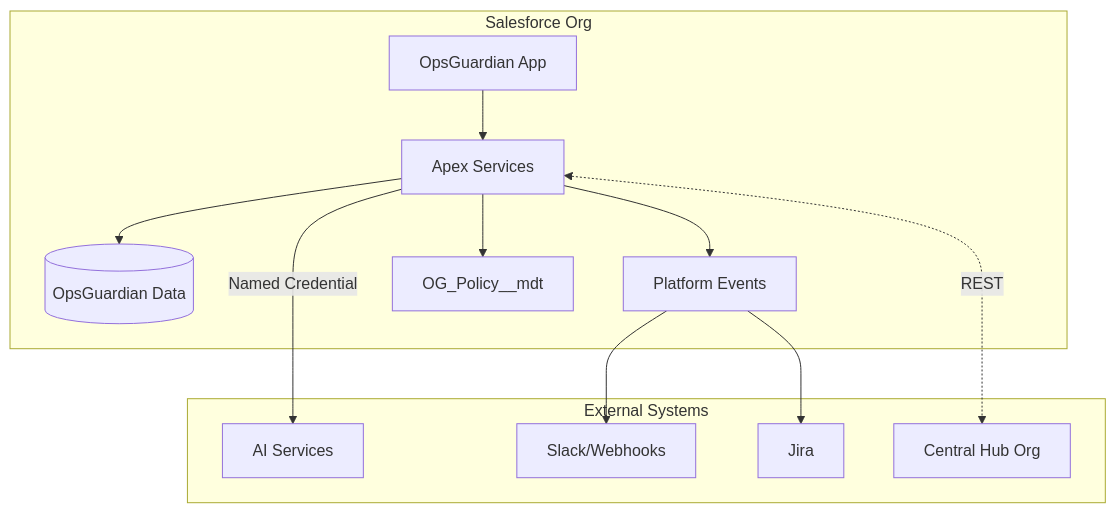
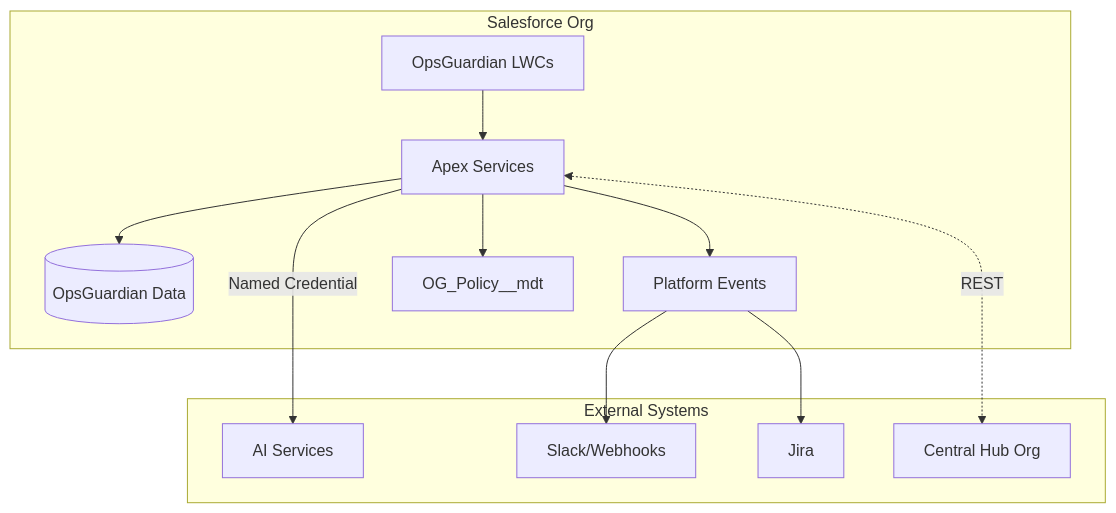
Before and after one commit to derickporter1993/Prometheion: the diagram in README.md, drawn with Mermaid. The commit also changed other lines of this file, not shown here.

Commit message:
docs: clarify dashboard access

````diff
--- a/README.md
+++ b/README.md
@@ -36,26 +36,26 @@
-```mermaid
-flowchart TB
-  subgraph "Salesforce Org"
-    LWC[OpsGuardian App]
-    APEX[Apex Services]
-    DATA[(OpsGuardian Data)]
-    EVENTS[Platform Events]
-    CMDT[OG_Policy__mdt]
-    LWC --> APEX
-    APEX --> DATA
-    APEX --> EVENTS
-    APEX --> CMDT
-  end
+  ```mermaid
+  flowchart TB
+    subgraph "Salesforce Org"
+      LWC[OpsGuardian LWCs]
+      APEX[Apex Services]
+      DATA[(OpsGuardian Data)]
+      EVENTS[Platform Events]
+      CMDT[OG_Policy__mdt]
+      LWC --> APEX
+      APEX --> DATA
+      APEX --> EVENTS
+      APEX --> CMDT
+    end
 
   subgraph "External Systems"
     AI[AI Services]
     SLACK[Slack/Webhooks]
     JIRA[Jira]
     HUB[Central Hub Org]
   end
 
   APEX -->|Named Credential| AI
   EVENTS --> SLACK
   EVENTS --> JIRA
   APEX <-. REST .-> HUB
 ```
````
